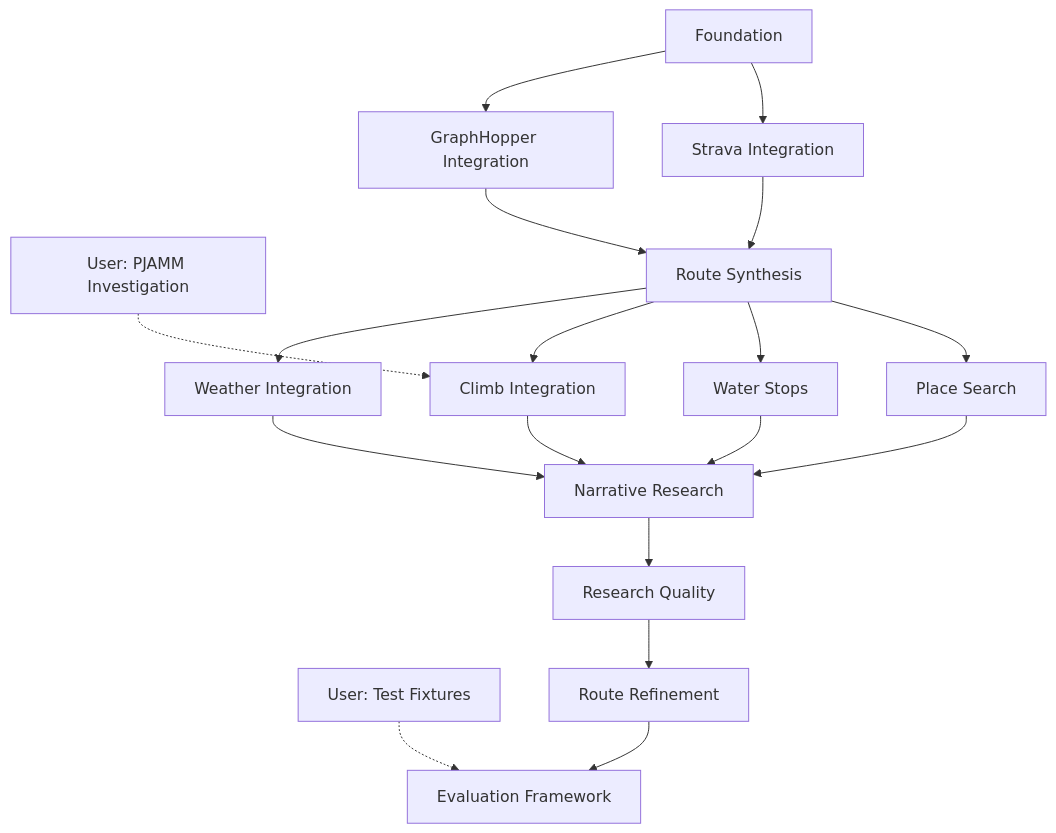
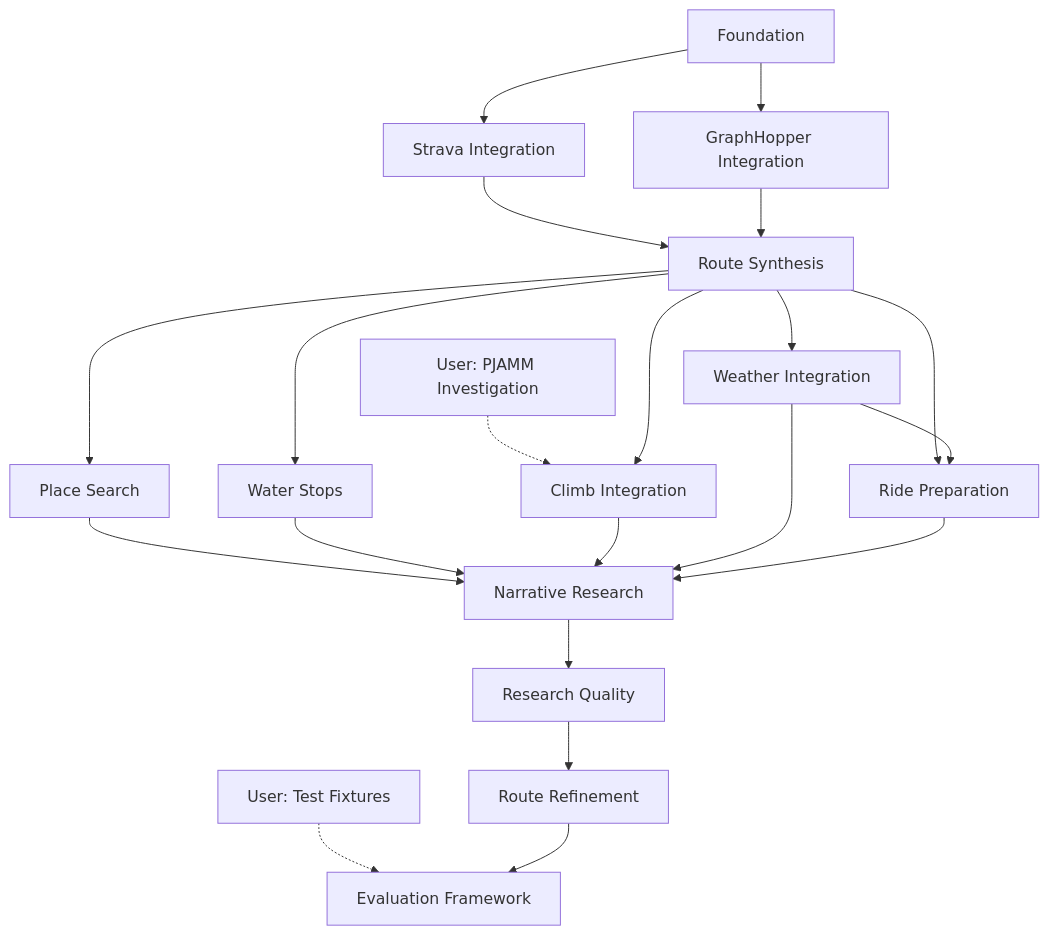
The diagram in specs/milestones.md (bendrucker/route-agent), drawn with Mermaid before and after one commit. The commit also changed other lines of this file and 10 other files, not shown here.

````diff
--- a/specs/milestones.md
+++ b/specs/milestones.md
@@ -233,25 +258,29 @@
 ```mermaid
 graph TD
     U1[User: Test Fixtures] -.-> Eval[Evaluation Framework]
     U2[User: PJAMM Investigation] -.-> Climb[Climb Integration]
 
     Found[Foundation] --> Strava[Strava Integration]
     Found --> GH[GraphHopper Integration]
 
     Strava --> Synth[Route Synthesis]
     GH --> Synth
 
     Synth --> Places[Place Search]
     Synth --> Water[Water Stops]
     Synth --> Climb
     Synth --> Weather[Weather Integration]
 
+    Synth --> Prep[Ride Preparation]
+    Weather --> Prep
+
     Places --> Narr[Narrative Research]
     Water --> Narr
     Climb --> Narr
     Weather --> Narr
+    Prep --> Narr
 
     Narr --> Quality[Research Quality]
     Quality --> Refine[Route Refinement]
     Refine --> Eval
 ```
````
